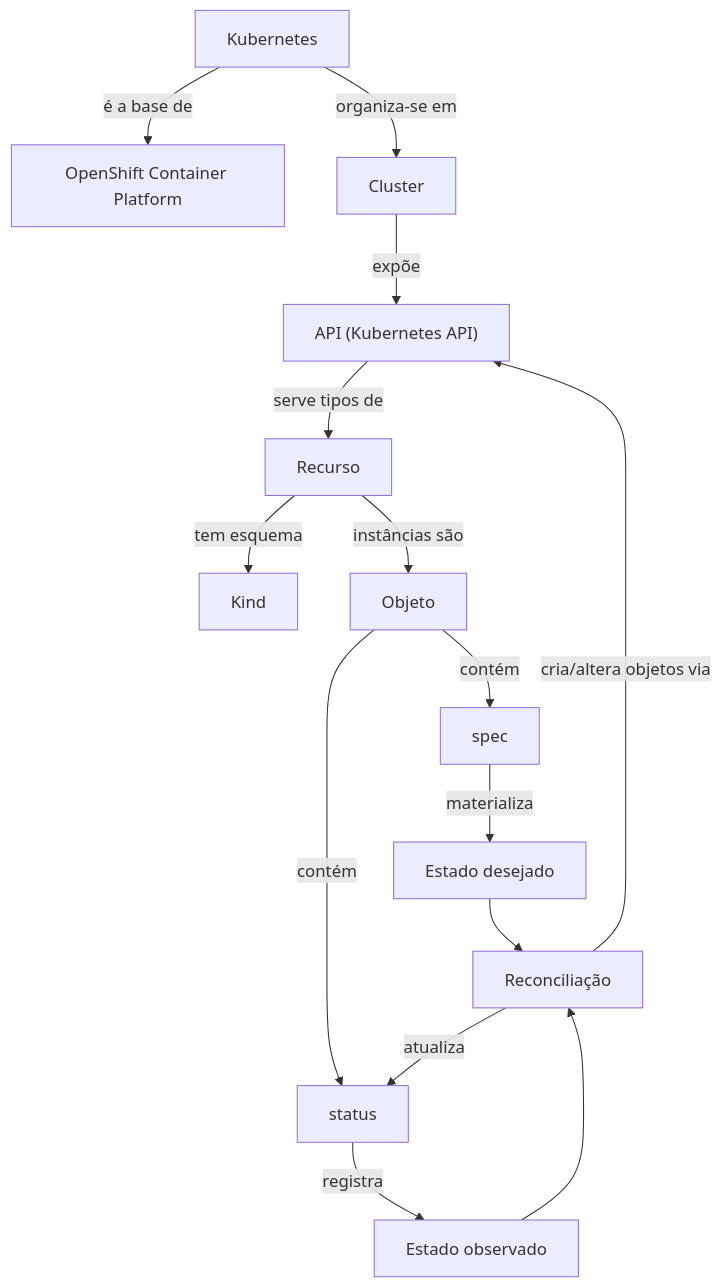
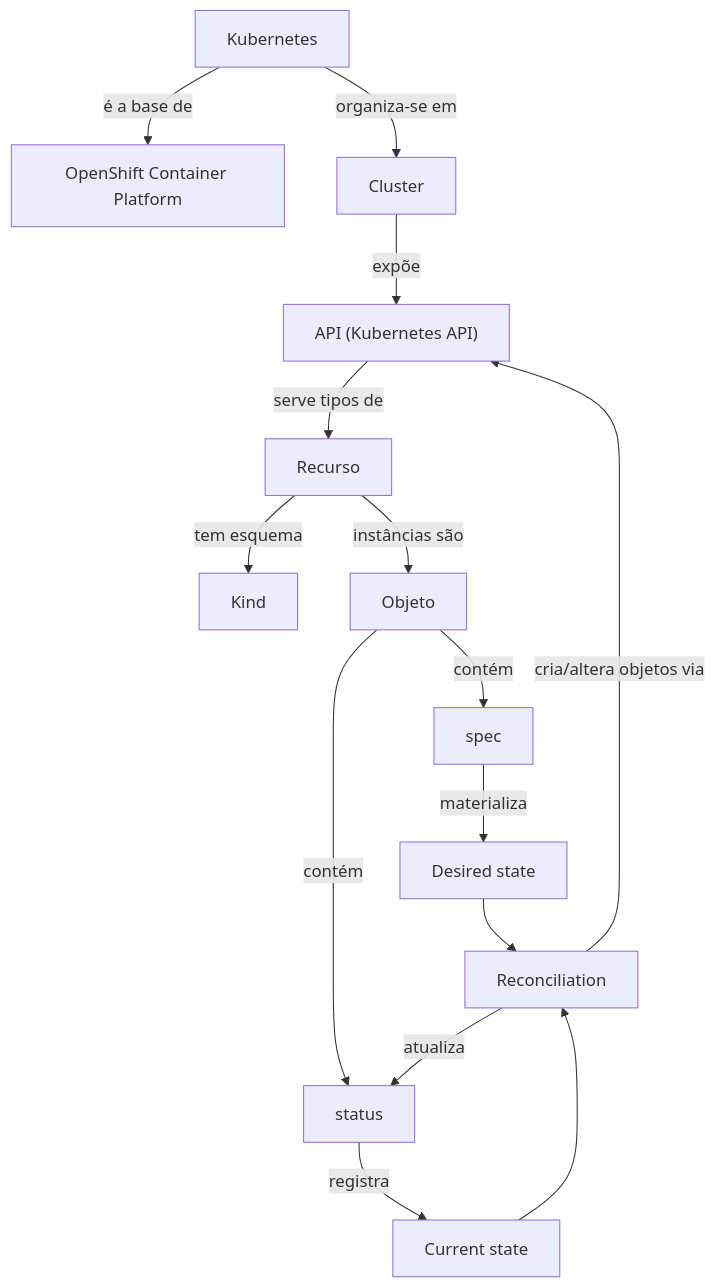
The first of 3 diagrams in docs/MAPA-DE-RELACOES.md (eduardoandradej/glossario-openshift-kubernetes), drawn with Mermaid before and after one commit. The commit also changed other lines of this file and 40 other files, not shown here.

````diff
--- a/docs/MAPA-DE-RELACOES.md
+++ b/docs/MAPA-DE-RELACOES.md
@@ -7,17 +7,17 @@
 ```mermaid
 flowchart TB
     K8S["Kubernetes"] -->|"é a base de"| OCP["OpenShift Container Platform"]
     K8S -->|"organiza-se em"| CL["Cluster"]
     CL -->|"expõe"| API["API (Kubernetes API)"]
     API -->|"serve tipos de"| RES["Recurso"]
     RES -->|"tem esquema"| KIND["Kind"]
     RES -->|"instâncias são"| OBJ["Objeto"]
     OBJ -->|"contém"| SPEC["spec"]
     OBJ -->|"contém"| STAT["status"]
-    SPEC -->|"materializa"| DES["Estado desejado"]
-    STAT -->|"registra"| OBS["Estado observado"]
-    DES --> REC["Reconciliação"]
+    SPEC -->|"materializa"| DES["Desired state"]
+    STAT -->|"registra"| OBS["Current state"]
+    DES --> REC["Reconciliation"]
     OBS --> REC
     REC -->|"atualiza"| STAT
     REC -->|"cria/altera objetos via"| API
 ```
````
